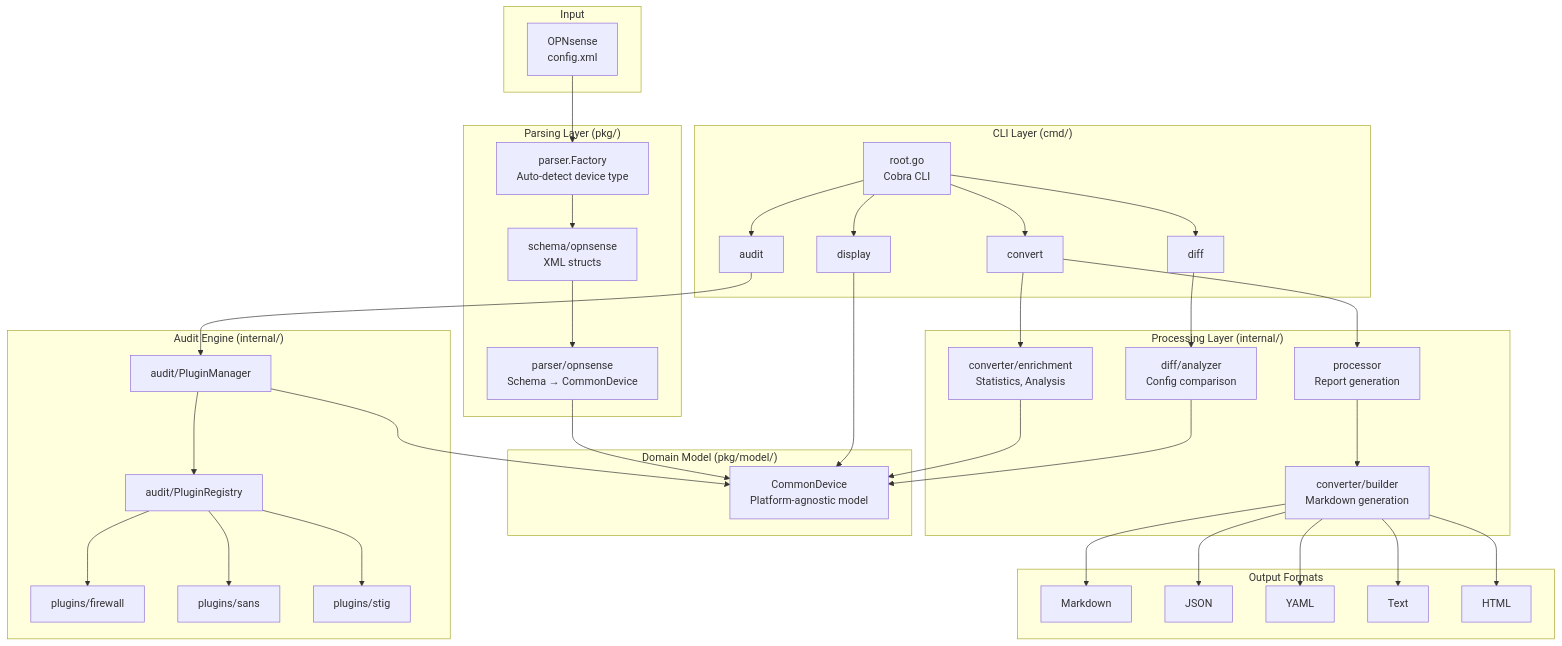
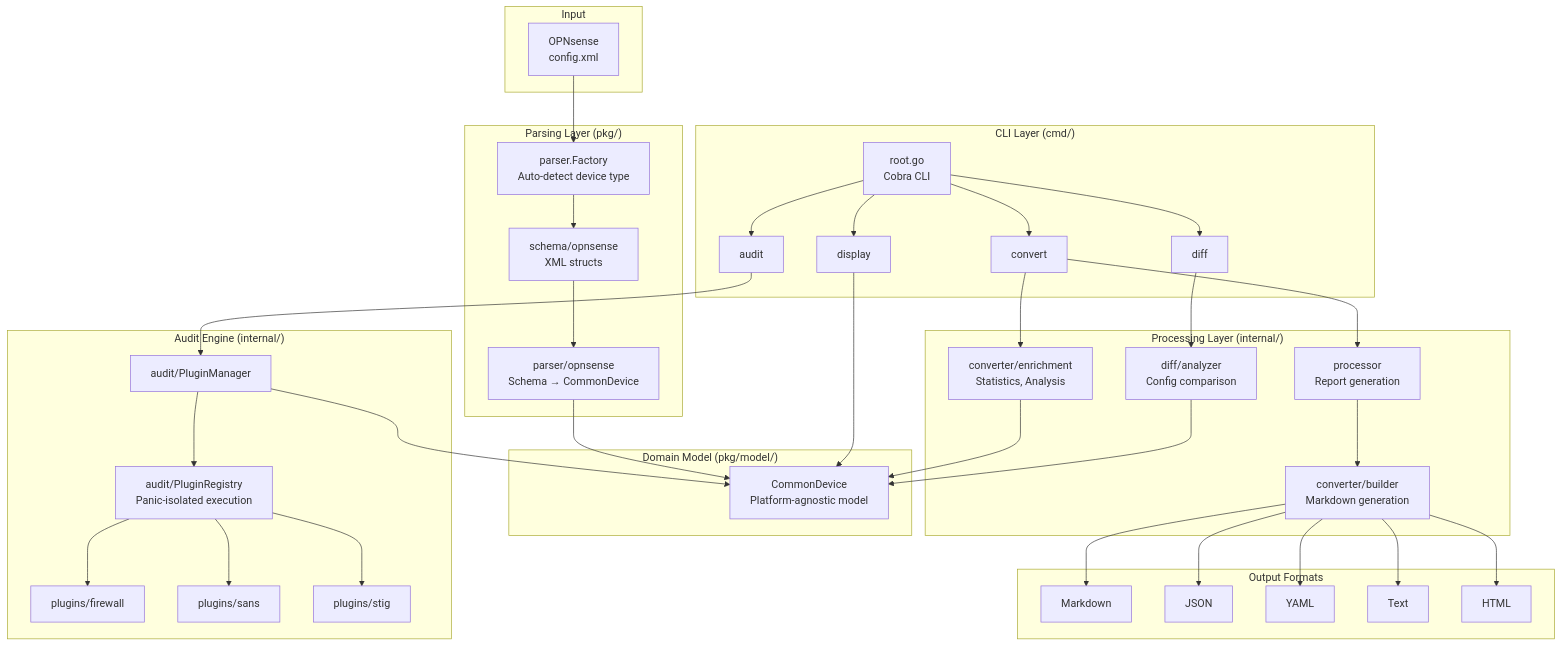
One commit to EvilBit-Labs/opnDossier changed the diagram in docs/architecture-diagram.mmd. Above: the diagram before and after it, drawn with Mermaid.

Commit message:
feat: add panic recovery description to PluginRegistry in architecture diagram

```diff
--- a/docs/architecture-diagram.mmd
+++ b/docs/architecture-diagram.mmd
@@ -1,77 +1,77 @@
 graph TD
     subgraph CLI["CLI Layer (cmd/)"]
         ROOT[root.go<br/>Cobra CLI]
         CONVERT[convert]
         AUDIT[audit]
         DIFF[diff]
         DISPLAY[display]
     end
 
     subgraph Input["Input"]
         XML[OPNsense<br/>config.xml]
     end
 
     subgraph Parsing["Parsing Layer (pkg/)"]
         FACTORY[parser.Factory<br/>Auto-detect device type]
         SCHEMA[schema/opnsense<br/>XML structs]
         CONVERTER[parser/opnsense<br/>Schema → CommonDevice]
     end
 
     subgraph Model["Domain Model (pkg/model/)"]
         CD[CommonDevice<br/>Platform-agnostic model]
     end
 
     subgraph Processing["Processing Layer (internal/)"]
         ENRICH[converter/enrichment<br/>Statistics, Analysis]
         PROC[processor<br/>Report generation]
         DIFFENG[diff/analyzer<br/>Config comparison]
         BUILDER[converter/builder<br/>Markdown generation]
     end
 
     subgraph Audit["Audit Engine (internal/)"]
         PM[audit/PluginManager]
-        REG[audit/PluginRegistry]
+        REG[audit/PluginRegistry<br/>Panic-isolated execution]
         FW[plugins/firewall]
         SANS[plugins/sans]
         STIG[plugins/stig]
     end
 
     subgraph Output["Output Formats"]
         MD[Markdown]
         JSON_OUT[JSON]
         YAML_OUT[YAML]
         TXT[Text]
         HTML_OUT[HTML]
     end
 
     XML --> FACTORY
     FACTORY --> SCHEMA
     SCHEMA --> CONVERTER
     CONVERTER --> CD
 
     ROOT --> CONVERT
     ROOT --> AUDIT
     ROOT --> DIFF
     ROOT --> DISPLAY
 
     CONVERT --> ENRICH
     CONVERT --> PROC
     ENRICH --> CD
     PROC --> BUILDER
     BUILDER --> MD
     BUILDER --> JSON_OUT
     BUILDER --> YAML_OUT
     BUILDER --> TXT
     BUILDER --> HTML_OUT
 
     AUDIT --> PM
     PM --> REG
     REG --> FW
     REG --> SANS
     REG --> STIG
     PM --> CD
 
     DIFF --> DIFFENG
     DIFFENG --> CD
 
     DISPLAY --> CD
```
